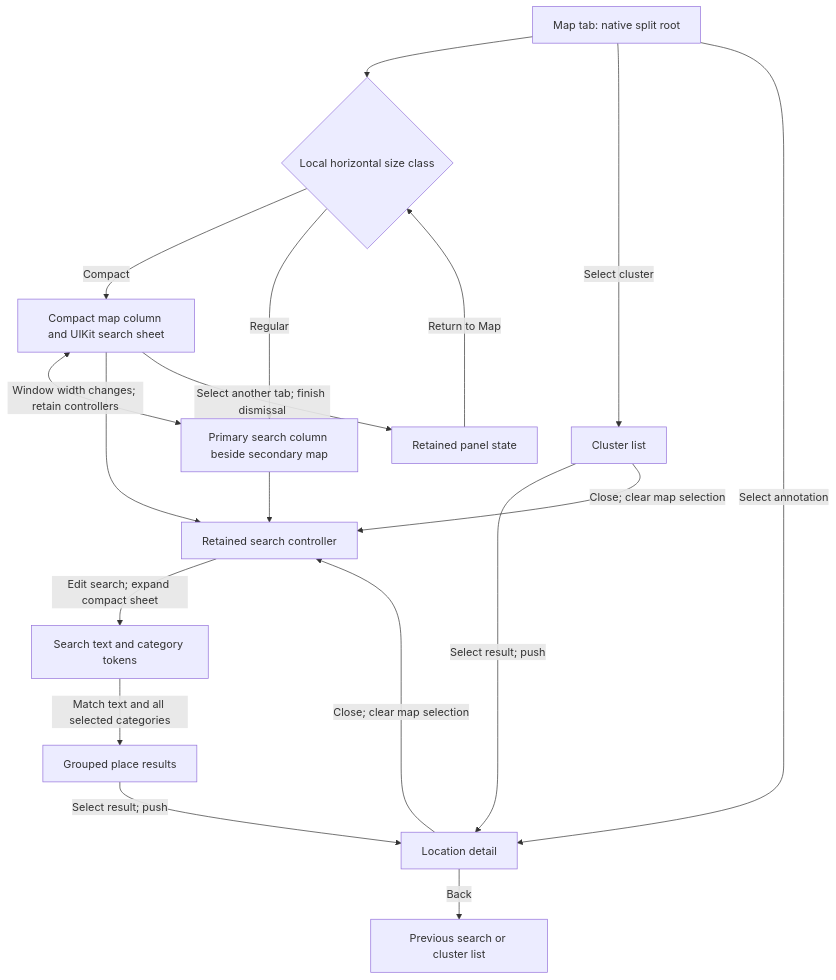
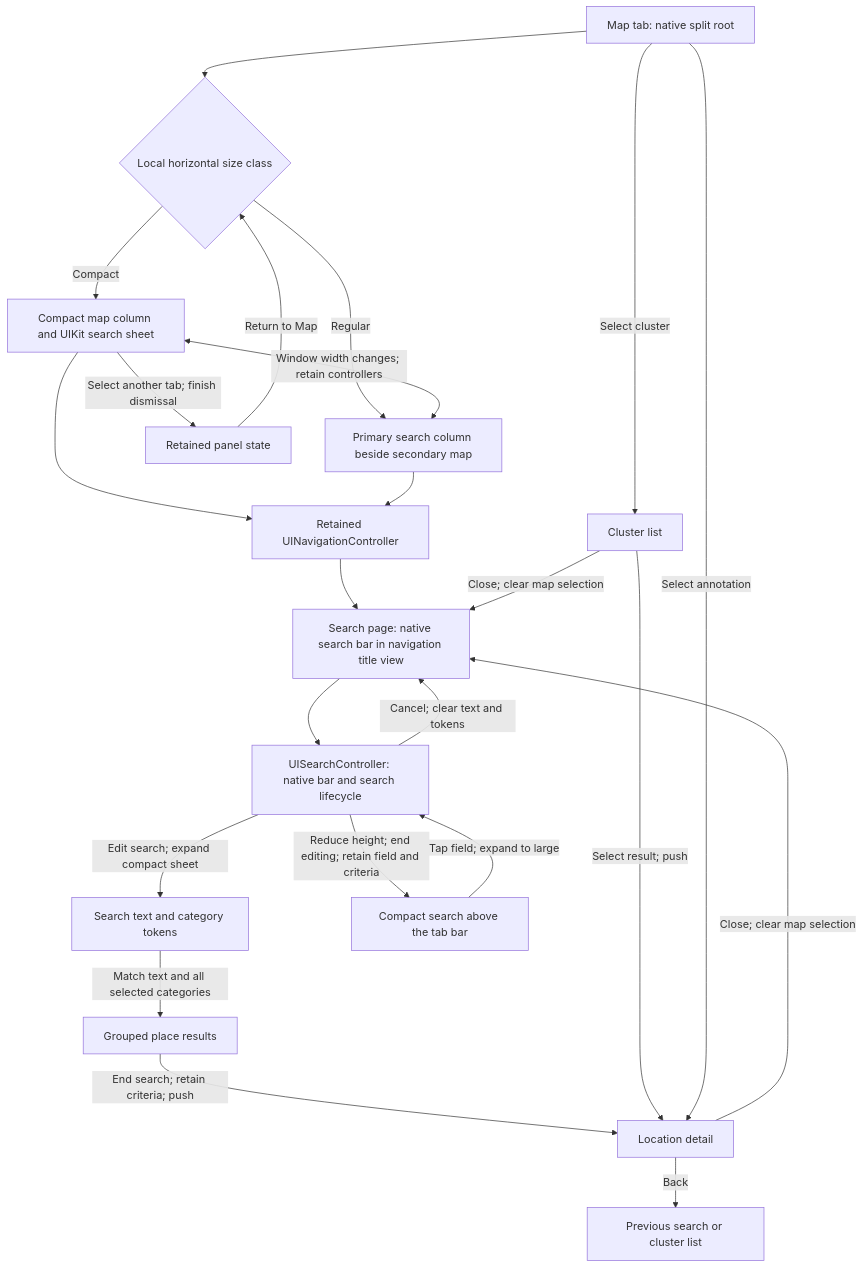
One commit to LambdaDigamma/moers-ios changed the diagram in ios/MAP_PRESENTATION.md. Above: the diagram before and after it, drawn with Mermaid. The commit also changed other lines of this file and 22 other files, not shown here.

````diff
--- a/ios/MAP_PRESENTATION.md
+++ b/ios/MAP_PRESENTATION.md
@@ -5,20 +5,25 @@
 ```mermaid
 flowchart TD
     Map[Map tab: native split root] --> Size{Local horizontal size class}
     Size -->|Compact| Sheet[Compact map column and UIKit search sheet]
     Size -->|Regular| Sidebar[Primary search column beside secondary map]
     Sheet <-->|Window width changes; retain controllers| Sidebar
-    Sheet --> Search[Retained search controller]
-    Sidebar --> Search
-    Search -->|Edit search; expand compact sheet| Criteria[Search text and category tokens]
+    Sheet --> Navigation[Retained UINavigationController]
+    Sidebar --> Navigation
+    Navigation --> Search[Search page: native search bar in navigation title view]
+    Search --> NativeSearch[UISearchController: native bar and search lifecycle]
+    NativeSearch -->|Edit search; expand compact sheet| Criteria[Search text and category tokens]
+    NativeSearch -->|Cancel; clear text and tokens| Search
+    NativeSearch -->|Reduce height; end editing; retain field and criteria| CompactSearch[Compact search above the tab bar]
+    CompactSearch -->|Tap field; expand to large| NativeSearch
     Criteria -->|Match text and all selected categories| Results[Grouped place results]
-    Results -->|Select result; push| Detail[Location detail]
+    Results -->|End search; retain criteria; push| Detail[Location detail]
     Map -->|Select cluster| Cluster[Cluster list]
     Cluster -->|Select result; push| Detail
     Map -->|Select annotation| Detail
     Detail -->|Back| Previous[Previous search or cluster list]
     Detail -->|Close; clear map selection| Search
     Cluster -->|Close; clear map selection| Search
     Sheet -->|Select another tab; finish dismissal| Suspended[Retained panel state]
     Suspended -->|Return to Map| Size
 ```
````
